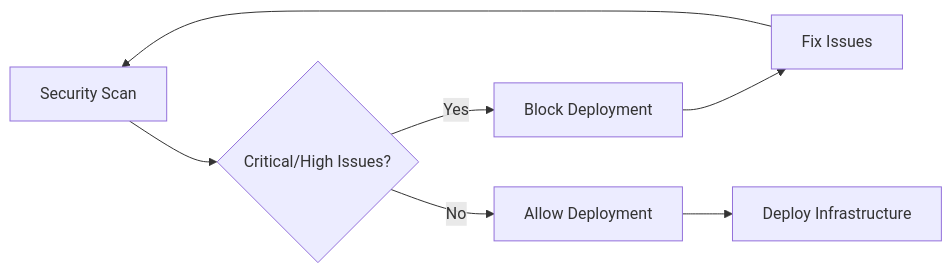
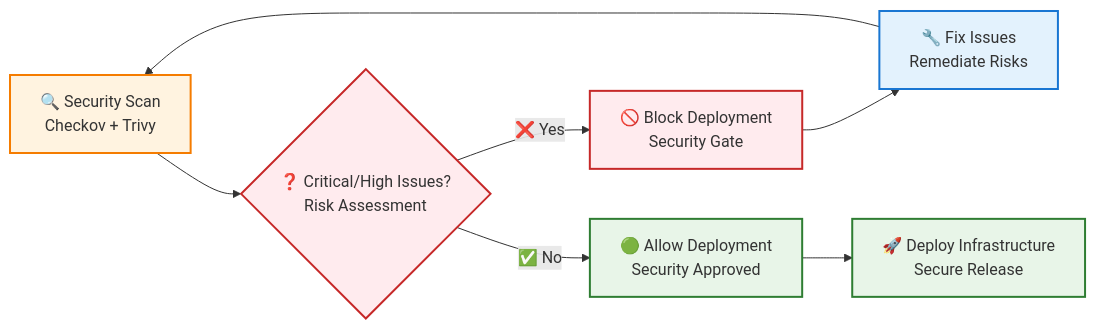
One commit to Celtikill/static-site changed the second of 2 diagrams in SECURITY.md. Above: the diagram before and after it, drawn with Mermaid. The commit also changed other lines of this file and 4 other files, not shown here.

````diff
--- a/SECURITY.md
+++ b/SECURITY.md
@@ -101,10 +109,20 @@
 ```mermaid
-flowchart LR
-    A[Security Scan] --> B{Critical/High Issues?}
-    B -->|Yes| C[Block Deployment]
-    B -->|No| D[Allow Deployment]
+graph LR
+    A["🔍 Security Scan<br/>Checkov + Trivy"] --> B{"❓ Critical/High Issues?<br/>Risk Assessment"}
+    B -->|"❌ Yes"| C["🚫 Block Deployment<br/>Security Gate"]
+    B -->|"✅ No"| D["🟢 Allow Deployment<br/>Security Approved"]
 
-    C --> E[Fix Issues]
+    C --> E["🔧 Fix Issues<br/>Remediate Risks"]
     E --> A
-    D --> F[Deploy Infrastructure]
+    D --> F["🚀 Deploy Infrastructure<br/>Secure Release"]
+
+    classDef scanStyle fill:#fff3e0,stroke:#f57c00,stroke-width:2px
+    classDef blockStyle fill:#ffebee,stroke:#c62828,stroke-width:2px
+    classDef allowStyle fill:#e8f5e8,stroke:#2e7d32,stroke-width:2px
+    classDef fixStyle fill:#e3f2fd,stroke:#1976d2,stroke-width:2px
+
+    class A scanStyle
+    class B,C blockStyle
+    class D,F allowStyle
+    class E fixStyle
 ```
````
